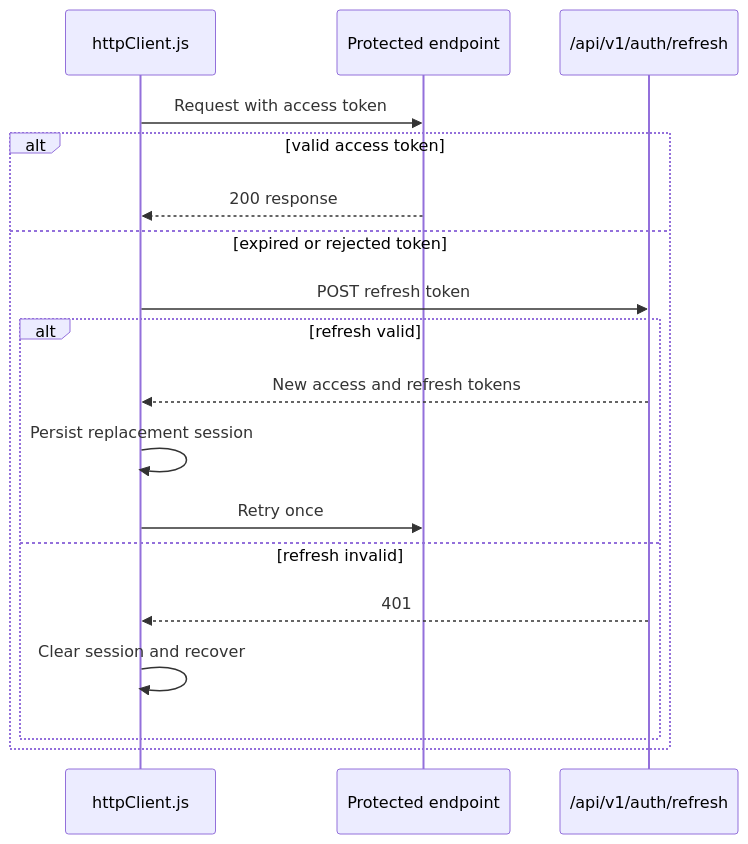
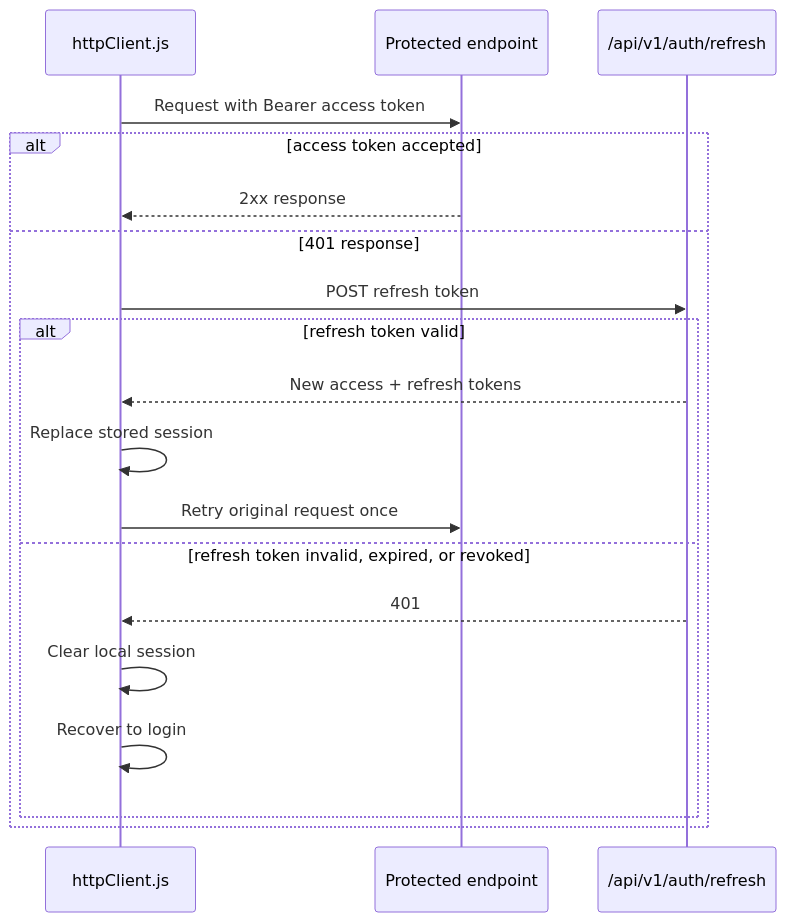
The seventh of 42 diagrams in PROJECT_OVERVIEW.md (digitaldodo/visitor-management-system), drawn with Mermaid before and after one commit. The commit also changed other lines of this file and 1 other file, not shown here.

Commit message:
docs: consolidate AccessFlow documentation

````diff
--- a/PROJECT_OVERVIEW.md
+++ b/PROJECT_OVERVIEW.md
@@ -169,21 +229,22 @@
 ```mermaid
 sequenceDiagram
     participant FE as httpClient.js
     participant API as Protected endpoint
-    participant Auth as /api/v1/auth/refresh
+    participant Refresh as /api/v1/auth/refresh
 
-    FE->>API: Request with access token
-    alt valid access token
-        API-->>FE: 200 response
-    else expired or rejected token
-        FE->>Auth: POST refresh token
-        alt refresh valid
-            Auth-->>FE: New access and refresh tokens
-            FE->>FE: Persist replacement session
-            FE->>API: Retry once
-        else refresh invalid
-            Auth-->>FE: 401
-            FE->>FE: Clear session and recover
+    FE->>API: Request with Bearer access token
+    alt access token accepted
+        API-->>FE: 2xx response
+    else 401 response
+        FE->>Refresh: POST refresh token
+        alt refresh token valid
+            Refresh-->>FE: New access + refresh tokens
+            FE->>FE: Replace stored session
+            FE->>API: Retry original request once
+        else refresh token invalid, expired, or revoked
+            Refresh-->>FE: 401
+            FE->>FE: Clear local session
+            FE->>FE: Recover to login
         end
     end
 ```
````
